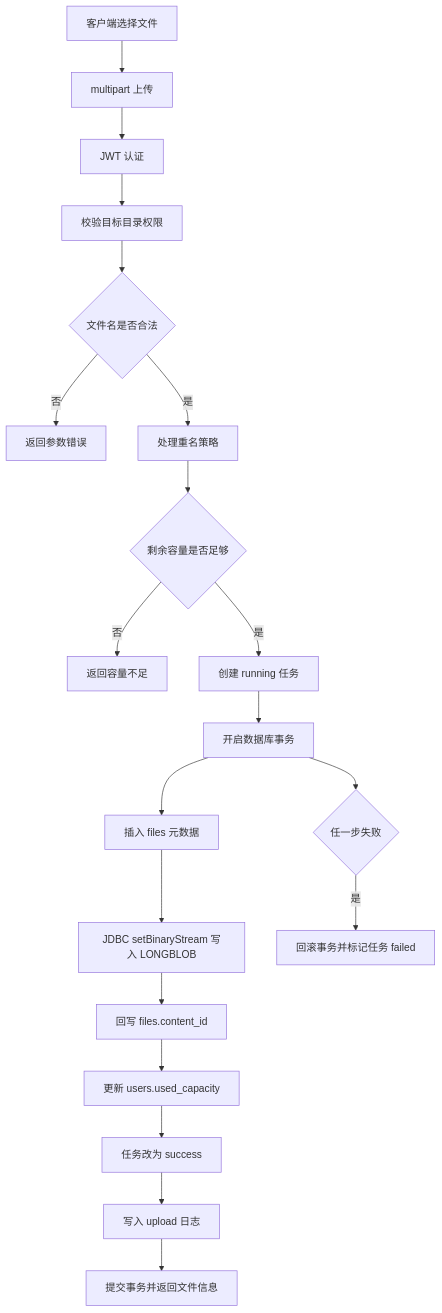
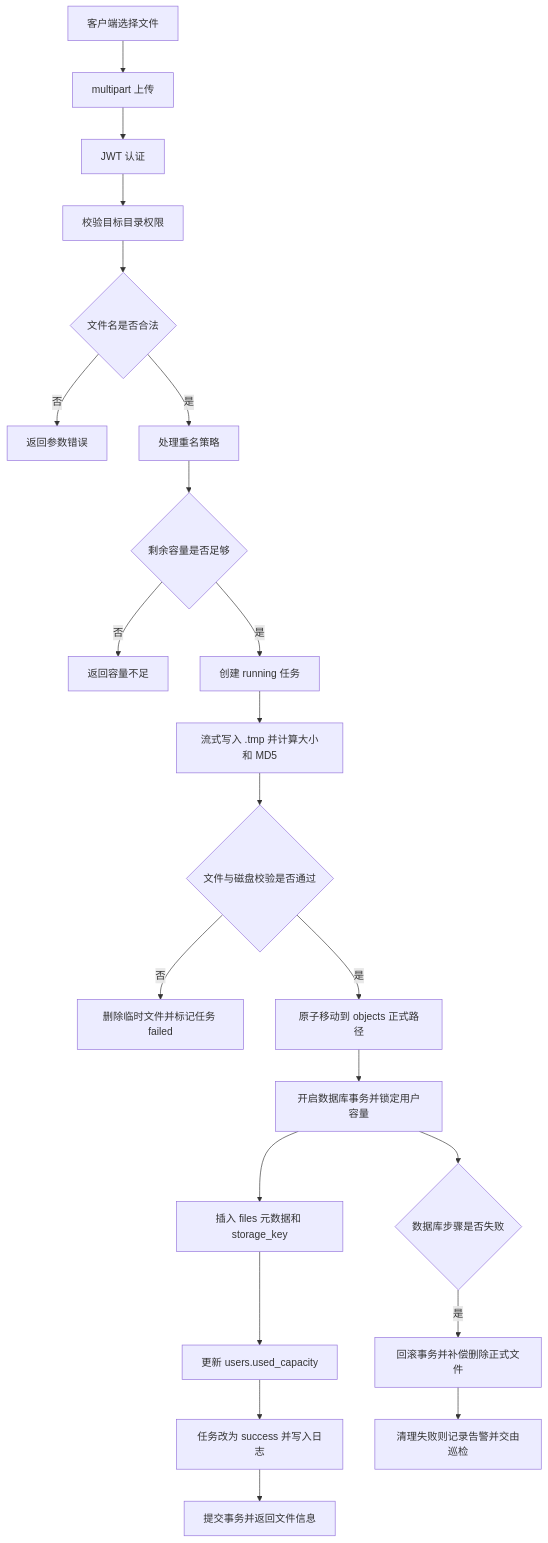
One commit to CNGM222/mycloud changed the seventh of 35 diagrams in 详细设计-流程图与类图.md. Above: the diagram before and after it, drawn with Mermaid. The commit also changed other lines of this file and 56 other files, not shown here.

````diff
--- a/详细设计-流程图与类图.md
+++ b/详细设计-流程图与类图.md
@@ -180,22 +186,24 @@
 ```mermaid
 flowchart TD
     A[客户端选择文件] --> B[multipart 上传]
     B --> C[JWT 认证]
     C --> D[校验目标目录权限]
     D --> E{文件名是否合法}
     E -->|否| E1[返回参数错误]
     E -->|是| F[处理重名策略]
     F --> G{剩余容量是否足够}
     G -->|否| E2[返回容量不足]
     G -->|是| H[创建 running 任务]
-    H --> I[开启数据库事务]
-    I --> J[插入 files 元数据]
-    J --> K[JDBC setBinaryStream 写入 LONGBLOB]
-    K --> L[回写 files.content_id]
-    L --> M[更新 users.used_capacity]
-    M --> N[任务改为 success]
-    N --> O[写入 upload 日志]
+    H --> I[流式写入 .tmp 并计算大小和 MD5]
+    I --> J{文件与磁盘校验是否通过}
+    J -->|否| E3[删除临时文件并标记任务 failed]
+    J -->|是| K[原子移动到 objects 正式路径]
+    K --> L[开启数据库事务并锁定用户容量]
+    L --> M[插入 files 元数据和 storage_key]
+    M --> N[更新 users.used_capacity]
+    N --> O[任务改为 success 并写入日志]
     O --> P[提交事务并返回文件信息]
-    I --> Q{任一步失败}
-    Q -->|是| R[回滚事务并标记任务 failed]
+    L --> Q{数据库步骤是否失败}
+    Q -->|是| R[回滚事务并补偿删除正式文件]
+    R --> S[清理失败则记录告警并交由巡检]
 ```
````
